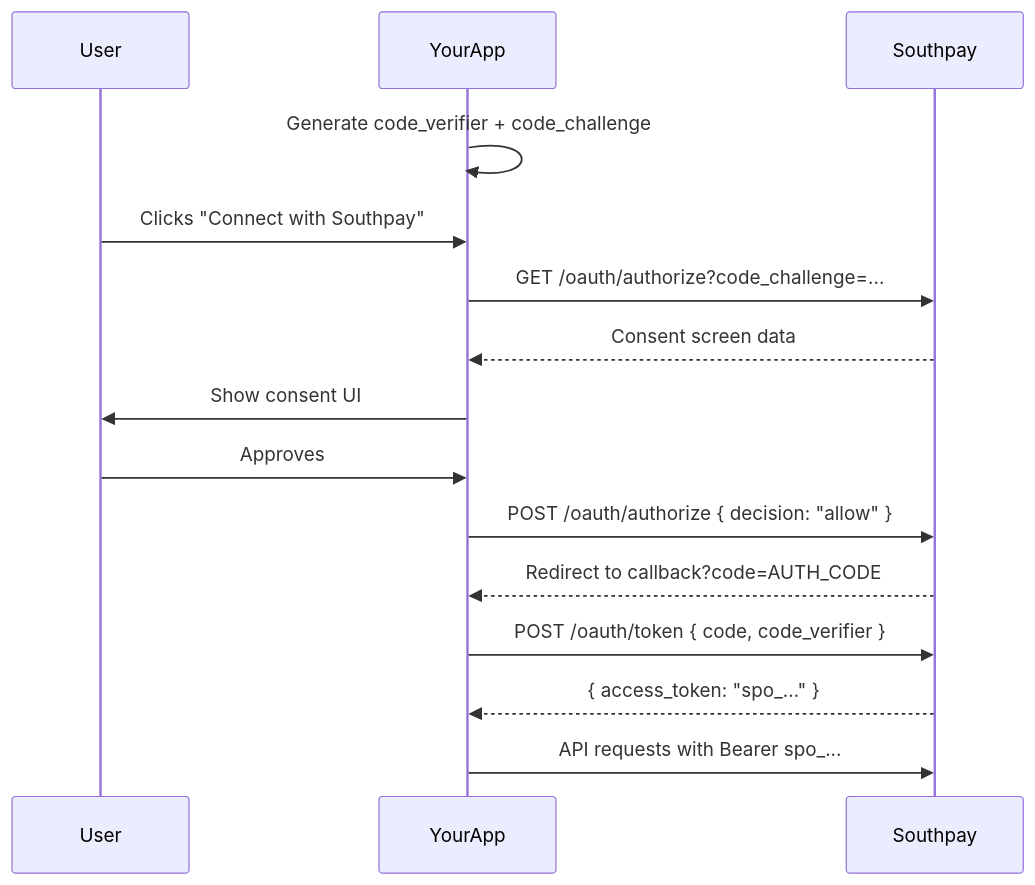
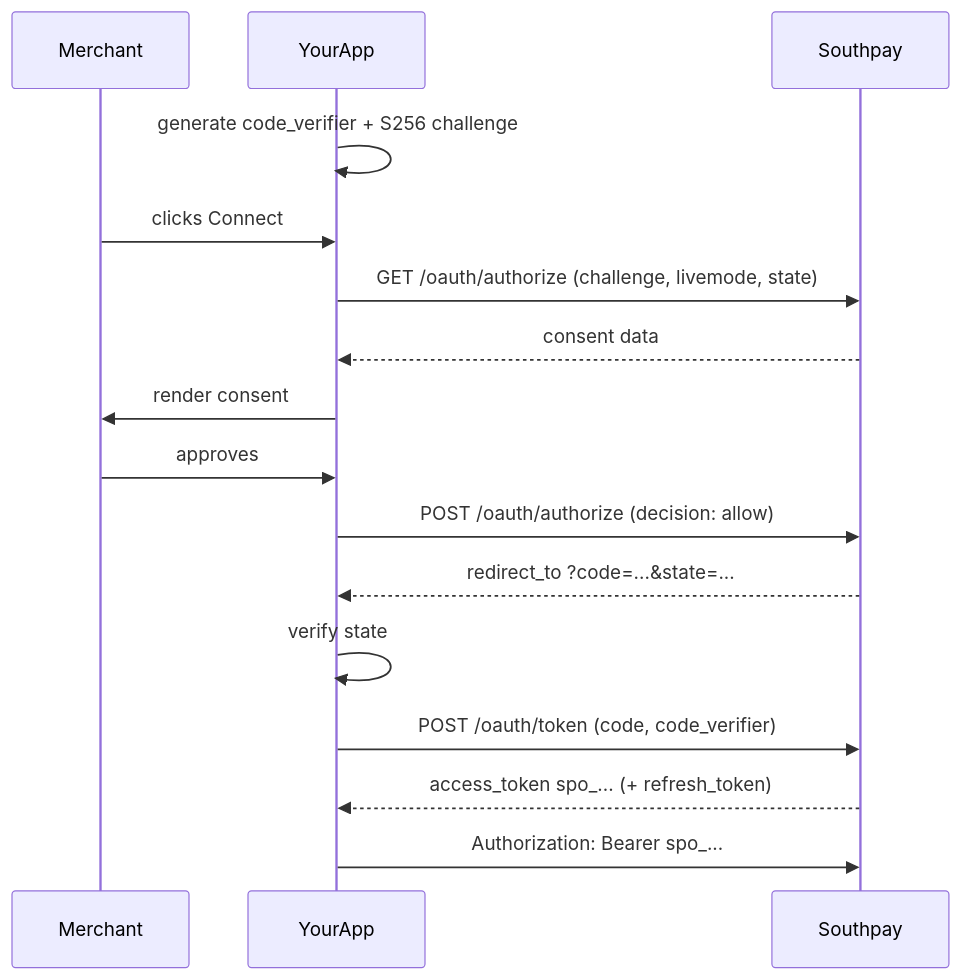
One commit to southpay/docs changed the diagram in authentication.mdx. Above: the diagram before and after it, drawn with Mermaid. The commit also changed other lines of this file and 37 other files, not shown here.

````diff
--- a/authentication.mdx
+++ b/authentication.mdx
@@ -268,18 +244,19 @@
 ```mermaid
 sequenceDiagram
-  participant User
+  participant Merchant
   participant YourApp
   participant Southpay
 
-  YourApp->>YourApp: Generate code_verifier + code_challenge
-  User->>YourApp: Clicks "Connect with Southpay"
-  YourApp->>Southpay: GET /oauth/authorize?code_challenge=...
-  Southpay-->>YourApp: Consent screen data
-  YourApp->>User: Show consent UI
-  User->>YourApp: Approves
-  YourApp->>Southpay: POST /oauth/authorize { decision: "allow" }
-  Southpay-->>YourApp: Redirect to callback?code=AUTH_CODE
-  YourApp->>Southpay: POST /oauth/token { code, code_verifier }
-  Southpay-->>YourApp: { access_token: "spo_..." }
-  YourApp->>Southpay: API requests with Bearer spo_...
+  YourApp->>YourApp: generate code_verifier + S256 challenge
+  Merchant->>YourApp: clicks Connect
+  YourApp->>Southpay: GET /oauth/authorize (challenge, livemode, state)
+  Southpay-->>YourApp: consent data
+  YourApp->>Merchant: render consent
+  Merchant->>YourApp: approves
+  YourApp->>Southpay: POST /oauth/authorize (decision: allow)
+  Southpay-->>YourApp: redirect_to ?code=...&state=...
+  YourApp->>YourApp: verify state
+  YourApp->>Southpay: POST /oauth/token (code, code_verifier)
+  Southpay-->>YourApp: access_token spo_... (+ refresh_token)
+  YourApp->>Southpay: Authorization: Bearer spo_...
 ```
````
